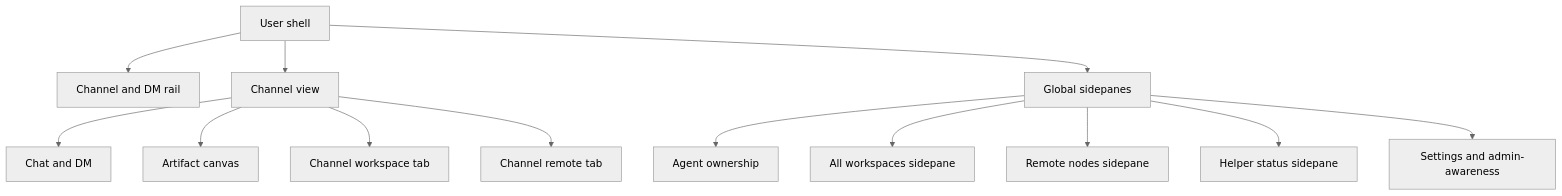
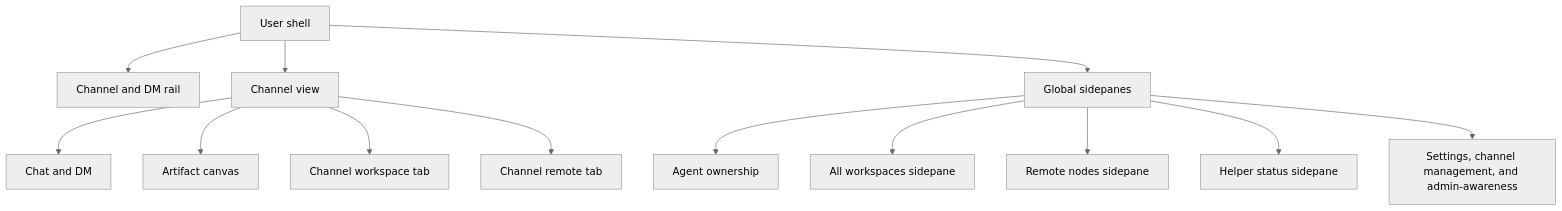
The diagram in docs/current/client/feature-surfaces.md (codetreker/borgee), drawn with Mermaid (neutral theme) before and after one commit. The commit also changed other lines of this file and 6 other files, not shown here.

Commit message:
docs: sync channel management acceptance evidence

````diff
--- a/docs/current/client/feature-surfaces.md
+++ b/docs/current/client/feature-surfaces.md
@@ -7,29 +7,29 @@
 ```mermaid
 flowchart TB
   Shell[User shell]
   Rail[Channel and DM rail]
   Channel[Channel view]
   Sidepanes[Global sidepanes]
   Chat[Chat and DM]
   Canvas[Artifact canvas]
   ChannelWorkspace[Channel workspace tab]
   AllWorkspaces[All workspaces sidepane]
   ChannelRemote[Channel remote tab]
   RemoteNodes[Remote nodes sidepane]
   HelperStatus[Helper status sidepane]
   Agents[Agent ownership]
-  Settings[Settings and admin-awareness]
+  Settings[Settings, channel management, and admin-awareness]
 
   Shell --> Rail
   Shell --> Channel
   Shell --> Sidepanes
   Channel --> Chat
   Channel --> Canvas
   Channel --> ChannelWorkspace
   Channel --> ChannelRemote
   Sidepanes --> Agents
   Sidepanes --> AllWorkspaces
   Sidepanes --> RemoteNodes
   Sidepanes --> HelperStatus
   Sidepanes --> Settings
 ```
````
